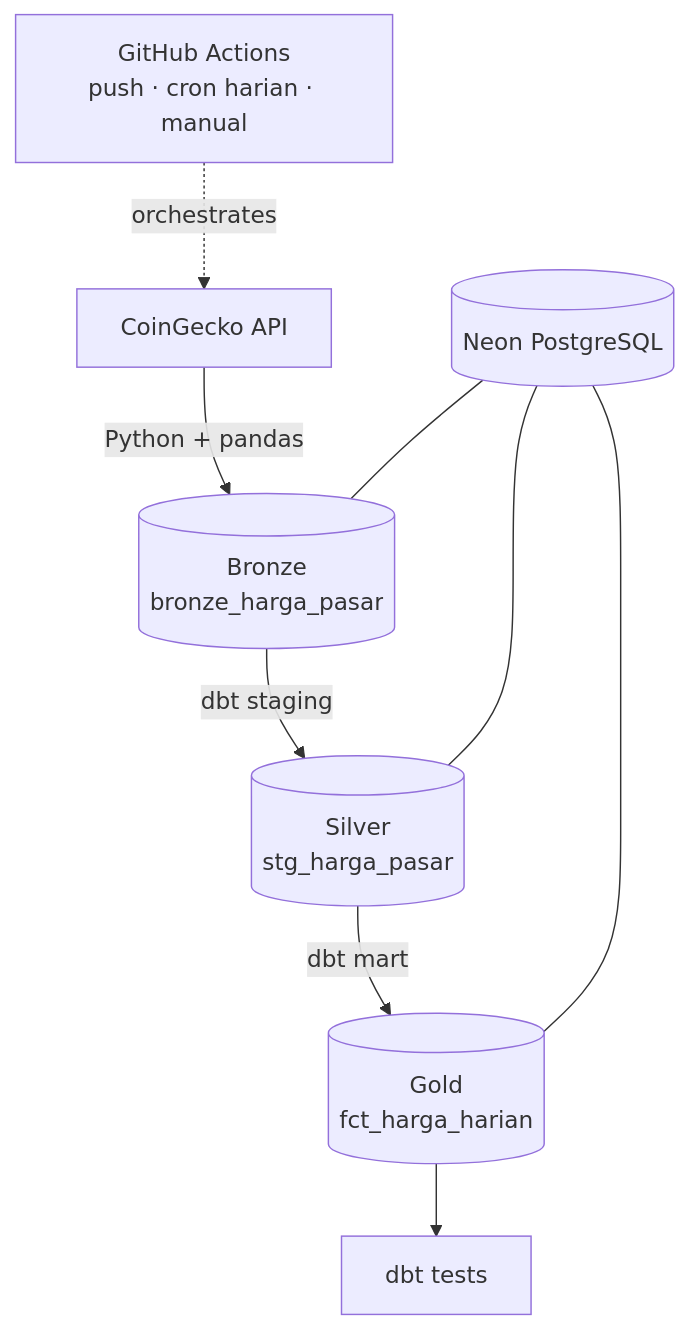
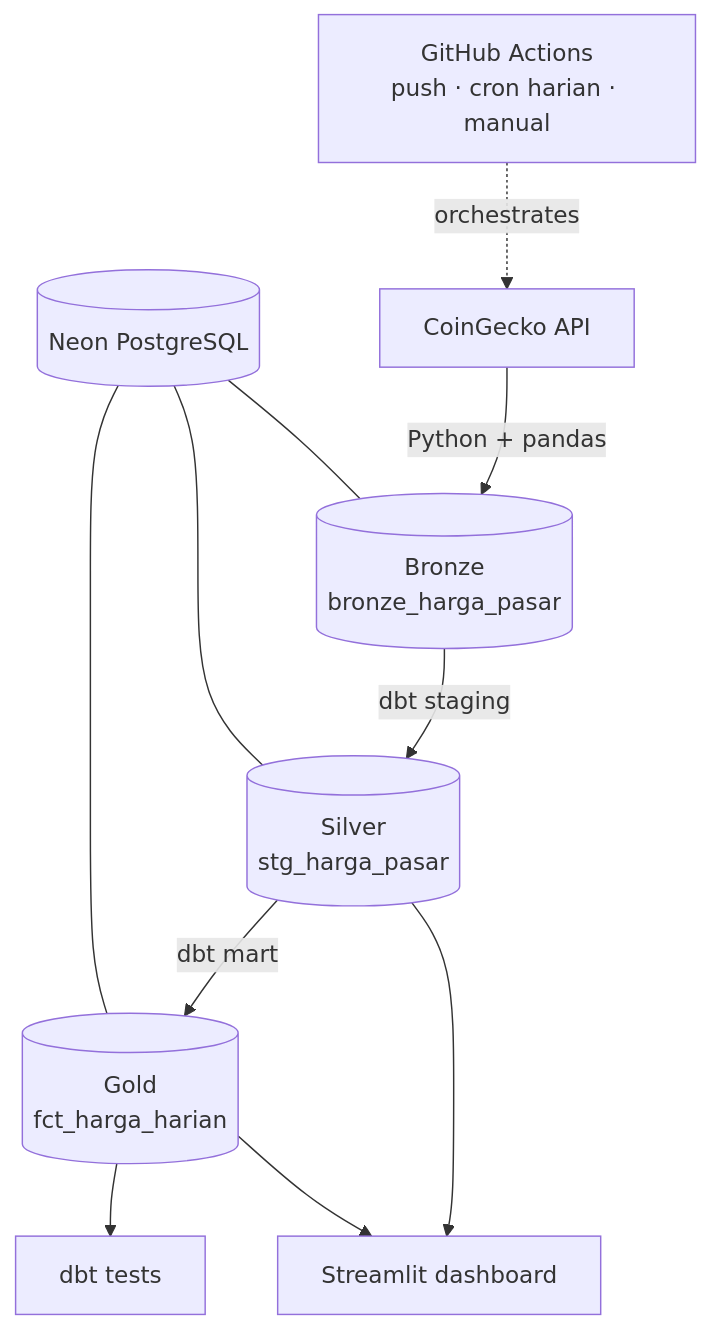
Before and after one commit to dimssrmdn01/commodex: the diagram in README.md, drawn with Mermaid. The commit also changed other lines of this file, not shown here.

`````diff
--- a/README.md
+++ b/README.md
@@ -32,11 +33,13 @@
 ````mermaid
 flowchart TD
     A[CoinGecko API] -->|Python + pandas| B[(Bronze<br/>bronze_harga_pasar)]
     B -->|dbt staging| C[(Silver<br/>stg_harga_pasar)]
     C -->|dbt mart| D[(Gold<br/>fct_harga_harian)]
     D --> E[dbt tests]
+    C --> H[Streamlit dashboard]
+    D --> H
     F[GitHub Actions<br/>push · cron harian · manual] -.->|orchestrates| A
     G[(Neon PostgreSQL)] --- B
     G --- C
     G --- D
 ````
`````
